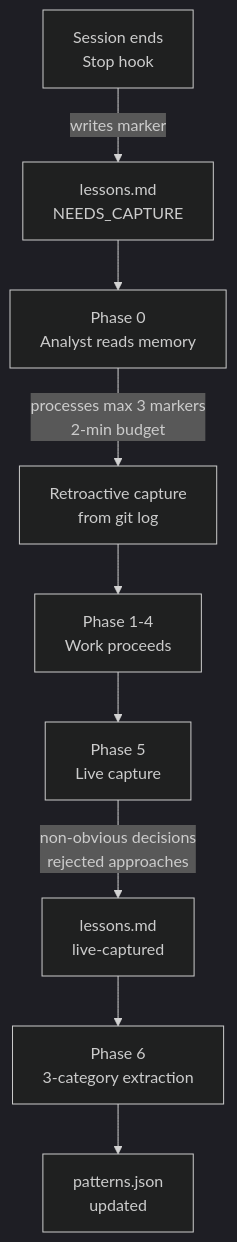
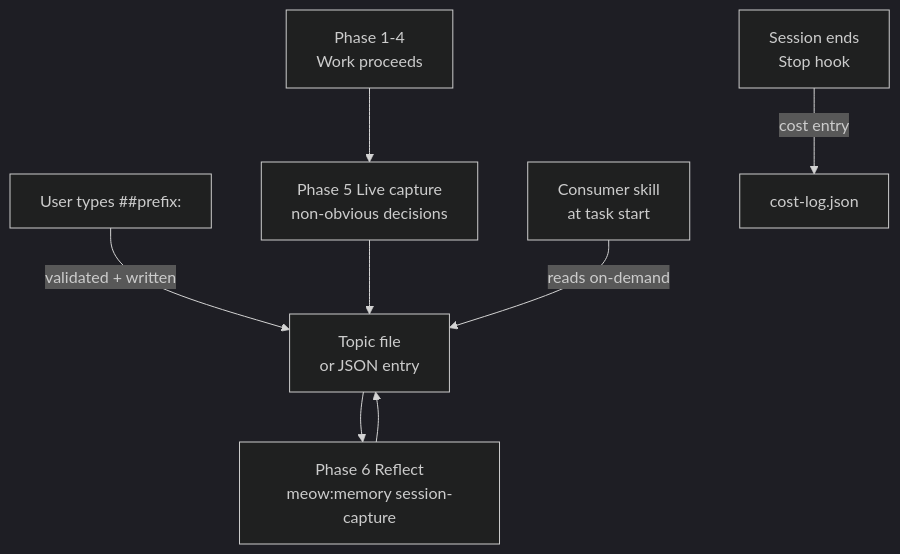
Before and after one commit to ngocsangyem/MeowKit: the diagram in website/guide/memory-system.md, drawn with Mermaid (dark theme). The commit also changed other lines of this file and 25 other files, not shown here.

````diff
--- a/website/guide/memory-system.md
+++ b/website/guide/memory-system.md
@@ -23,11 +30,10 @@
 ```mermaid
 flowchart TD
-  STOP[Session ends\nStop hook] -->|writes marker| LM[lessons.md\nNEEDS_CAPTURE]
-  LM --> P0[Phase 0\nAnalyst reads memory]
-  P0 -->|processes max 3 markers\n2-min budget| CAP[Retroactive capture\nfrom git log]
-  CAP --> WORK[Phase 1-4\nWork proceeds]
-  WORK --> P5[Phase 5\nLive capture]
-  P5 -->|non-obvious decisions\nrejected approaches| LM2[lessons.md\nlive-captured]
-  LM2 --> P6[Phase 6\n3-category extraction]
-  P6 --> PJ[patterns.json\nupdated]
+  USER[User types ##prefix:] -->|validated + written| TF[Topic file\nor JSON entry]
+  WORK[Phase 1-4\nWork proceeds] --> P5[Phase 5 Live capture\nnon-obvious decisions]
+  P5 --> TF
+  TF --> P6[Phase 6 Reflect\nmeow:memory session-capture]
+  P6 --> TF
+  SKILL[Consumer skill\nat task start] -->|reads on-demand| TF
+  STOP[Session ends\nStop hook] -->|cost entry| CL[cost-log.json]
 ```
````
